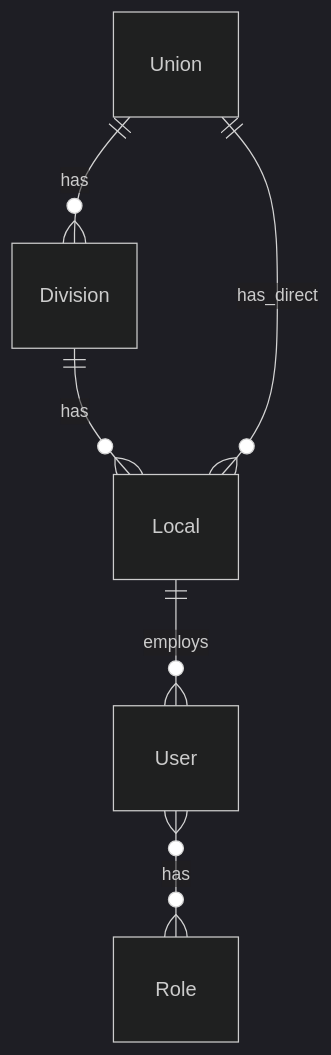
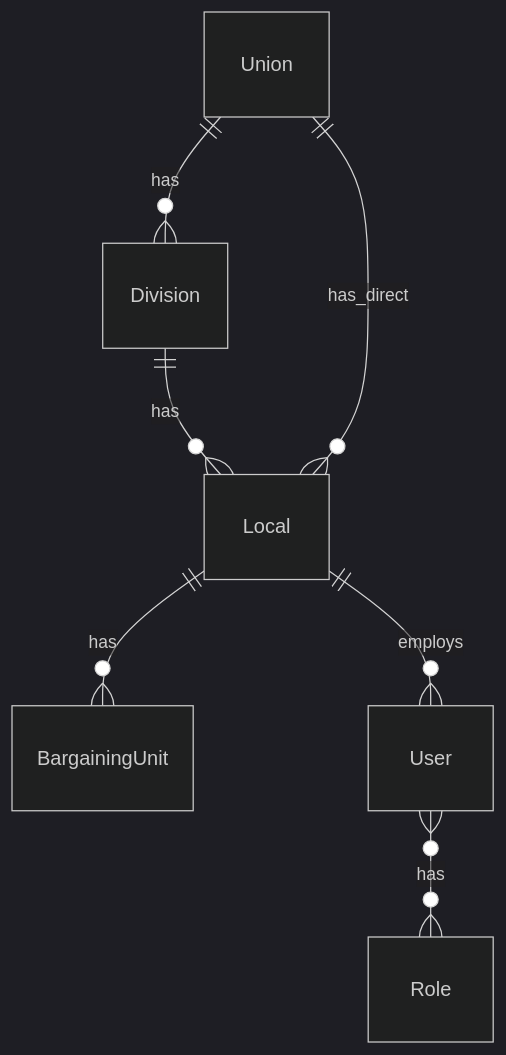
One commit to hackmods/union-communications changed the diagram in docs/DATA_MODELS.md. Above: the diagram before and after it, drawn with Mermaid (dark theme). The commit also changed other lines of this file and 47 other files, not shown here.

````diff
--- a/docs/DATA_MODELS.md
+++ b/docs/DATA_MODELS.md
@@ -5,8 +5,9 @@
 ```mermaid
 erDiagram
     Union ||--o{ Division : has
     Division ||--o{ Local : has
     Union ||--o{ Local : has_direct
+    Local ||--o{ BargainingUnit : has
     Local ||--o{ User : employs
     User }o--o{ Role : has
 ```
````
